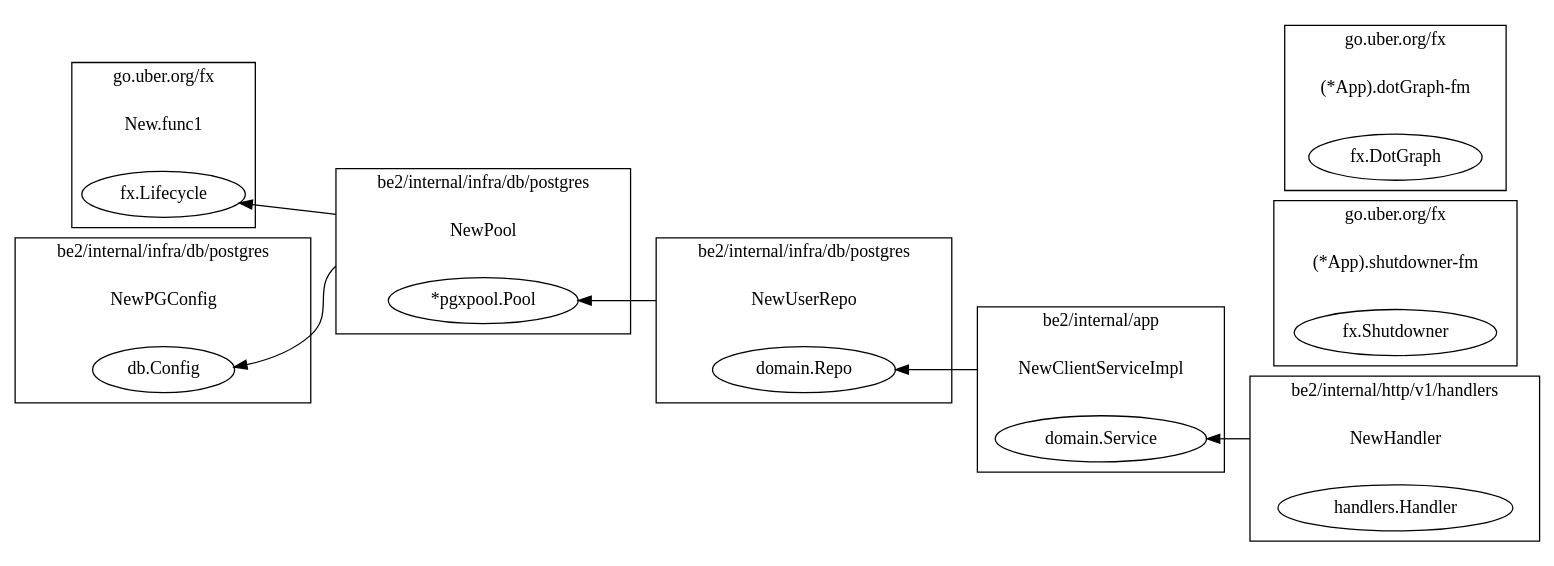
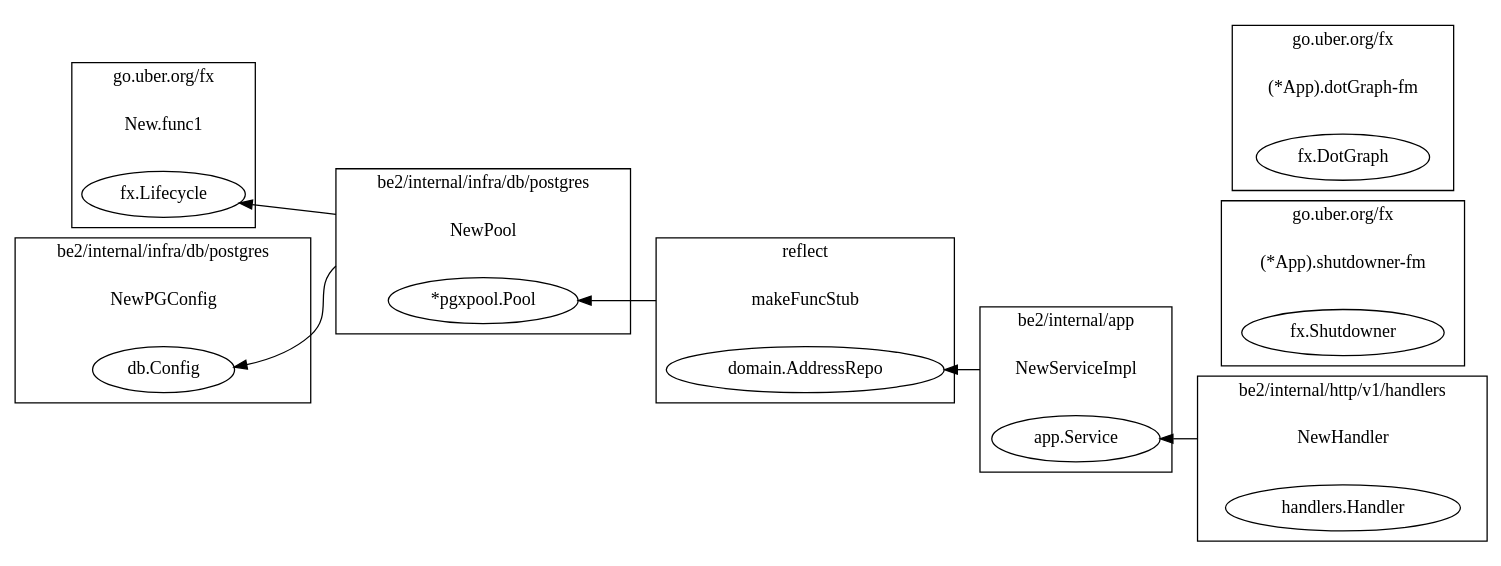
One commit to aldz231188/be2 changed the diagram in src/graph.dot. Above: the diagram before and after it, drawn with Graphviz. The commit also changed 19 other files, not shown here.

```diff
--- a/src/graph.dot
+++ b/src/graph.dot
@@ -1,49 +1,49 @@
 digraph {
 	rankdir=RL;
 	graph [compound=true];
 	subgraph cluster_0 {
 		label = "go.uber.org/fx";
 		constructor_0 [shape=plaintext label="New.func1"];
 		"fx.Lifecycle" [label=<fx.Lifecycle>];
 	}
 	subgraph cluster_1 {
 		label = "go.uber.org/fx";
 		constructor_1 [shape=plaintext label="(*App).shutdowner-fm"];
 		"fx.Shutdowner" [label=<fx.Shutdowner>];
 	}
 	subgraph cluster_2 {
 		label = "go.uber.org/fx";
 		constructor_2 [shape=plaintext label="(*App).dotGraph-fm"];
 		"fx.DotGraph" [label=<fx.DotGraph>];
 	}
 	subgraph cluster_3 {
 		label = "be2/internal/infra/db/postgres";
 		constructor_3 [shape=plaintext label="NewPGConfig"];
 		"db.Config" [label=<db.Config>];
 	}
 	subgraph cluster_4 {
 		label = "be2/internal/infra/db/postgres";
 		constructor_4 [shape=plaintext label="NewPool"];
 		"*pgxpool.Pool" [label=<*pgxpool.Pool>];
 	}
 	constructor_4 -> "fx.Lifecycle" [ltail=cluster_4];
 	constructor_4 -> "db.Config" [ltail=cluster_4];
 	subgraph cluster_5 {
-		label = "be2/internal/infra/db/postgres";
-		constructor_5 [shape=plaintext label="NewUserRepo"];
-		"domain.Repo" [label=<domain.Repo>];
+		label = "reflect";
+		constructor_5 [shape=plaintext label="makeFuncStub"];
+		"domain.AddressRepo" [label=<domain.AddressRepo>];
 	}
 	constructor_5 -> "*pgxpool.Pool" [ltail=cluster_5];
 	subgraph cluster_6 {
 		label = "be2/internal/app";
-		constructor_6 [shape=plaintext label="NewClientServiceImpl"];
-		"domain.Service" [label=<domain.Service>];
+		constructor_6 [shape=plaintext label="NewServiceImpl"];
+		"app.Service" [label=<app.Service>];
 	}
-	constructor_6 -> "domain.Repo" [ltail=cluster_6];
+	constructor_6 -> "domain.AddressRepo" [ltail=cluster_6];
 	subgraph cluster_7 {
 		label = "be2/internal/http/v1/handlers";
 		constructor_7 [shape=plaintext label="NewHandler"];
 		"handlers.Handler" [label=<handlers.Handler>];
 	}
-	constructor_7 -> "domain.Service" [ltail=cluster_7];
+	constructor_7 -> "app.Service" [ltail=cluster_7];
 }
```
